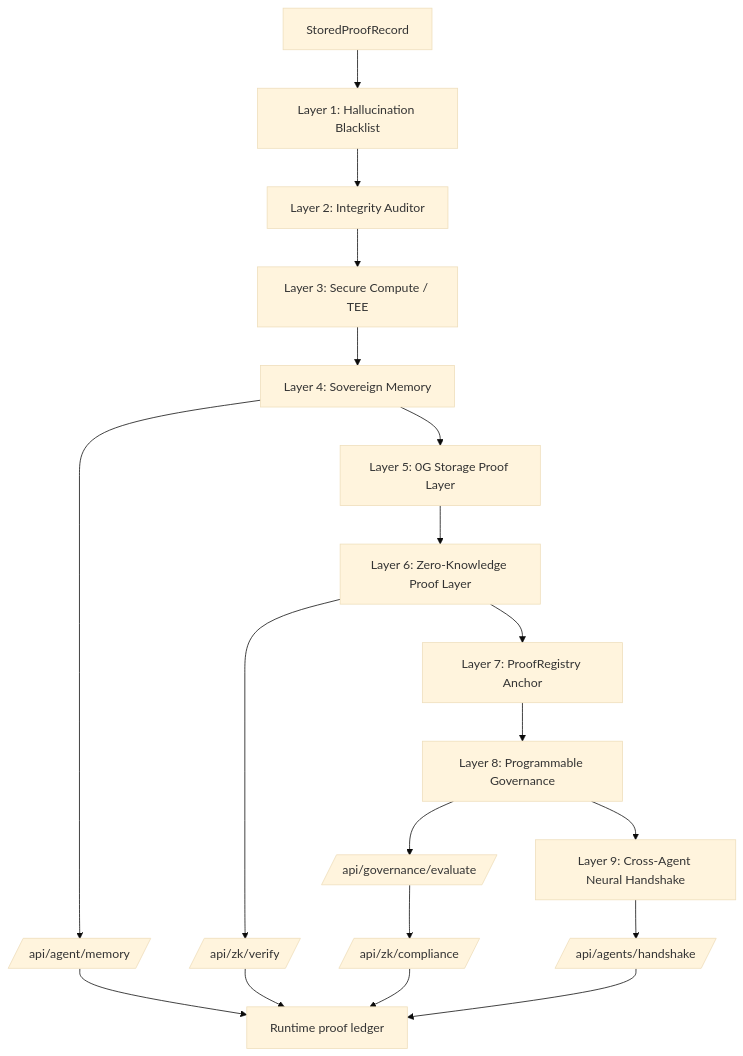
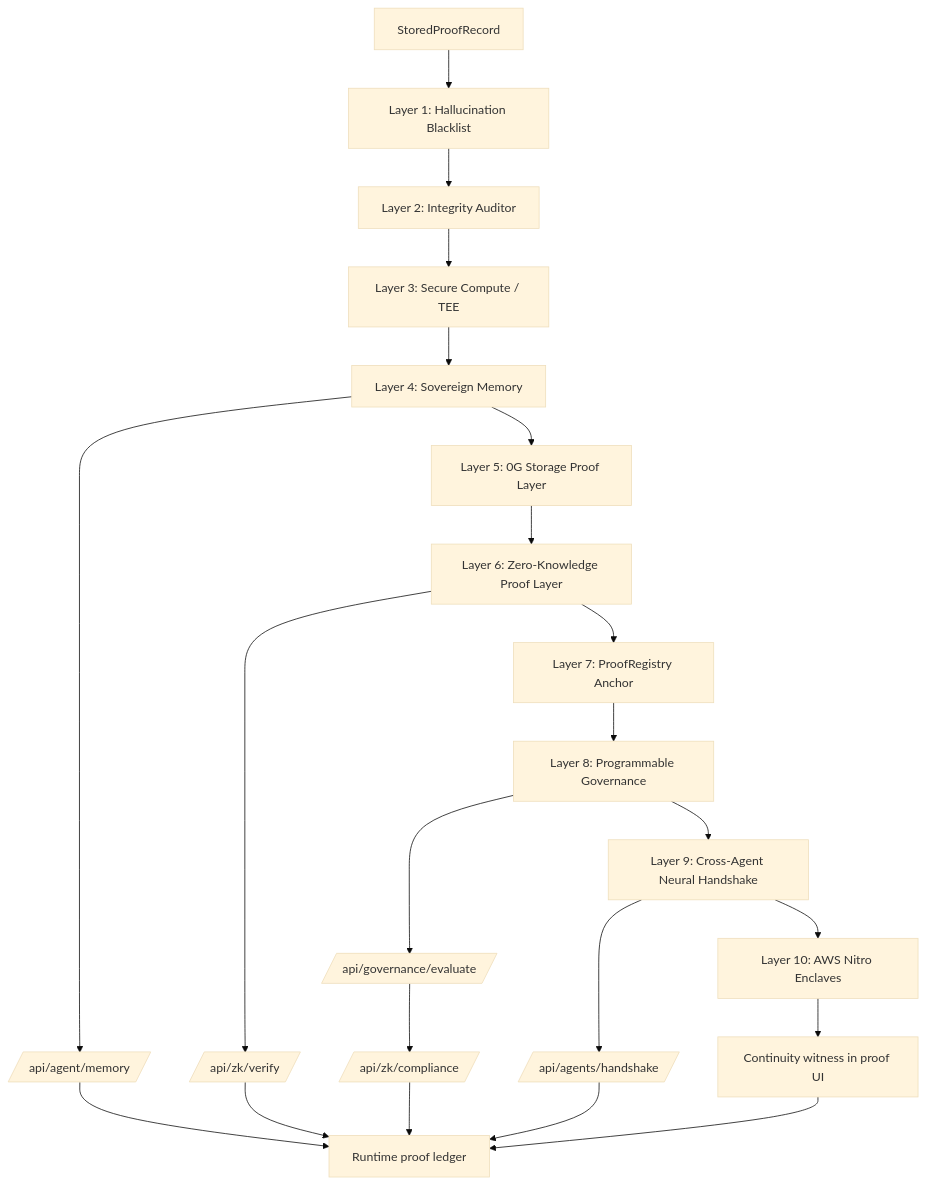
Before and after one commit to clawhubs/yieldboost: the second of 8 diagrams in README.md, drawn with Mermaid (base theme). The commit also changed other lines of this file and 28 other files, not shown here.

````diff
--- a/README.md
+++ b/README.md
@@ -450,23 +454,26 @@
 ```mermaid
 flowchart TD
     PROOF[StoredProofRecord] --> L1[Layer 1: Hallucination Blacklist]
     L1 --> L2[Layer 2: Integrity Auditor]
     L2 --> L3[Layer 3: Secure Compute / TEE]
     L3 --> L4[Layer 4: Sovereign Memory]
     L4 --> L5[Layer 5: 0G Storage Proof Layer]
     L5 --> L6[Layer 6: Zero-Knowledge Proof Layer]
     L6 --> L7[Layer 7: ProofRegistry Anchor]
     L7 --> L8[Layer 8: Programmable Governance]
     L8 --> L9[Layer 9: Cross-Agent Neural Handshake]
+    L9 --> L10[Layer 10: AWS Nitro Enclaves]
 
     L4 --> MEMORY[/api/agent/memory/]
     L6 --> ZKR[/api/zk/verify/]
     L8 --> GOV[/api/governance/evaluate/]
     GOV --> ZKCOMP[/api/zk/compliance/]
     L9 --> HANDSHAKE[/api/agents/handshake/]
+    L10 --> NITROVIEW[Continuity witness in proof UI]
 
     MEMORY --> RUNTIME[Runtime proof ledger]
     ZKR --> RUNTIME
     ZKCOMP --> RUNTIME
     HANDSHAKE --> RUNTIME
+    NITROVIEW --> RUNTIME
 ```
````
